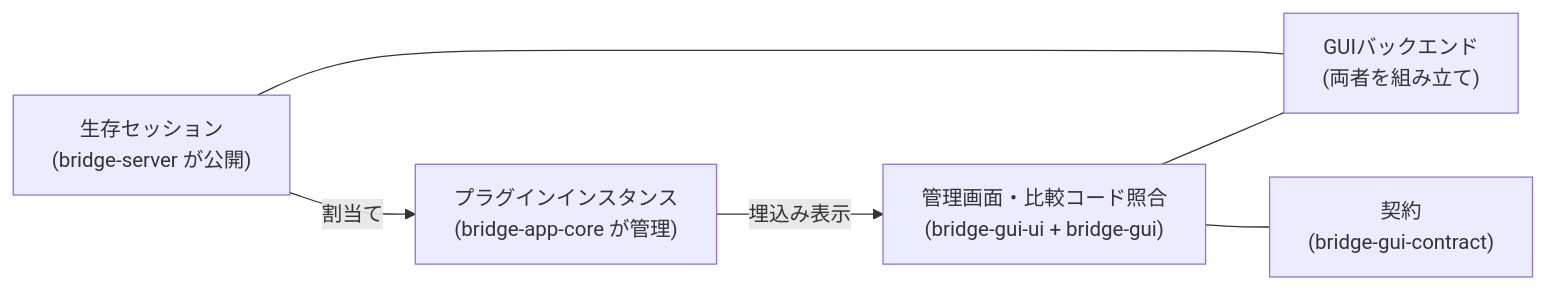
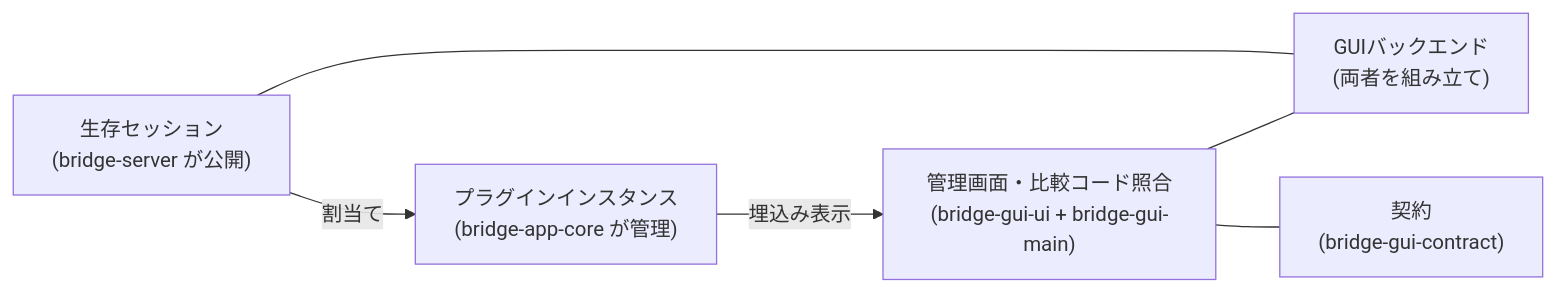
The diagram in design/bridge-app.md (WebXR-JP/xrift-bridge), drawn with Mermaid before and after one commit. The commit also changed other lines of this file and 45 other files, not shown here.

First line of the commit message:
bridge-guiをbridge-gui-mainへ改名する

````diff
--- a/design/bridge-app.md
+++ b/design/bridge-app.md
@@ -7,8 +7,8 @@
 ```mermaid
 flowchart LR
     S["生存セッション<br/>(bridge-server が公開)"] -->|"割当て"| P["プラグインインスタンス<br/>(bridge-app-core が管理)"]
-    P -->|"埋込み表示"| G["管理画面・比較コード照合<br/>(bridge-gui-ui + bridge-gui)"]
+    P -->|"埋込み表示"| G["管理画面・比較コード照合<br/>(bridge-gui-ui + bridge-gui-main)"]
     G --- B["GUIバックエンド<br/>(両者を組み立て)"]
     B --- S
     G --- C["契約<br/>(bridge-gui-contract)"]
 ```
````
